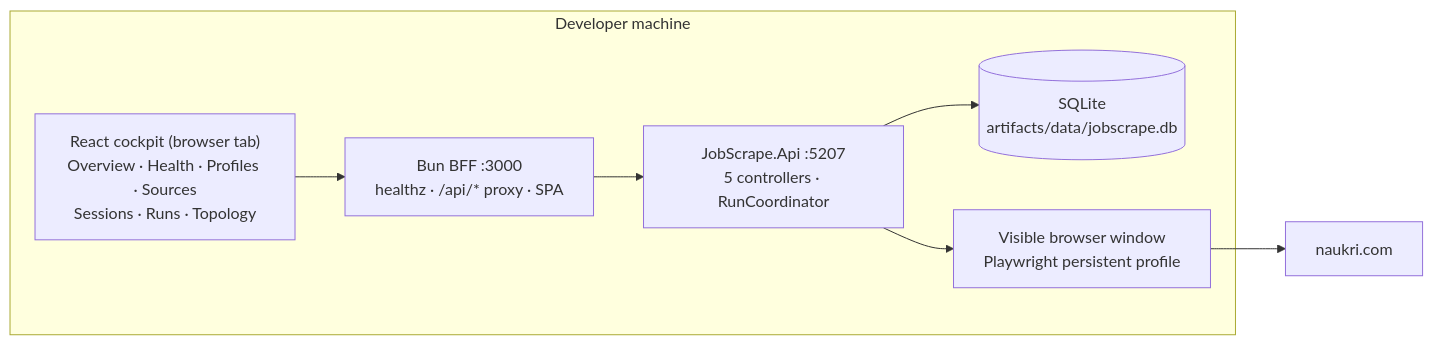
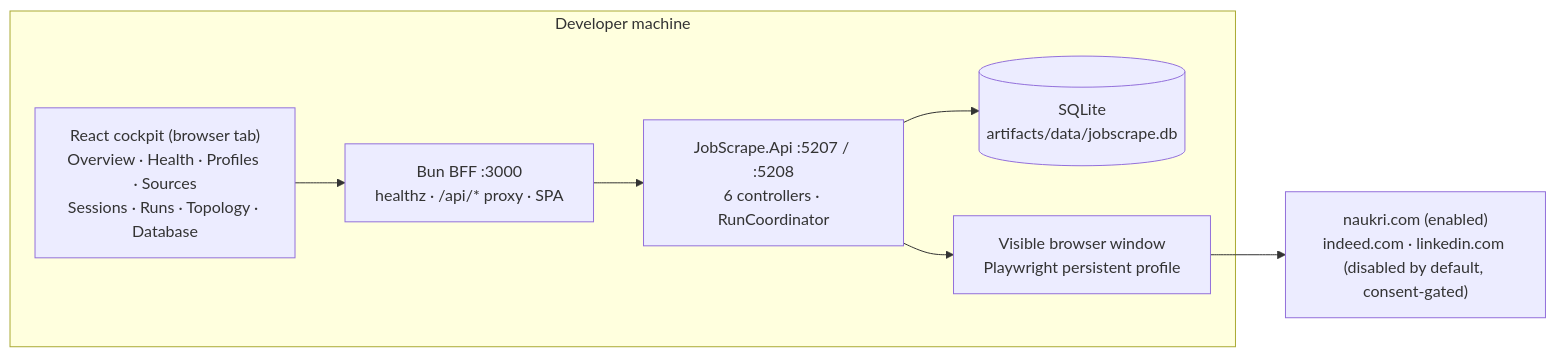
One commit to AslamNazeerShaikh/PlaywrightDotNet changed diagram 12 of 12 in docs/02-architecture.md. Above: the diagram before and after it, drawn with Mermaid. The commit also changed other lines of this file and 2 other files, not shown here.

First line of the commit message:
docs(architecture): redraw diagram and refresh architecture doc

````diff
--- a/docs/02-architecture.md
+++ b/docs/02-architecture.md
@@ -914,15 +1012,15 @@
 ```mermaid
 flowchart LR
     subgraph Desk["Developer machine"]
         BFF["Bun BFF :3000<br/>healthz · /api/* proxy · SPA"]
-        API["JobScrape.Api :5207<br/>5 controllers · RunCoordinator"]
+        API["JobScrape.Api :5207 / :5208<br/>6 controllers · RunCoordinator"]
         DB[("SQLite<br/>artifacts/data/jobscrape.db")]
-        UI["React cockpit (browser tab)<br/>Overview · Health · Profiles · Sources<br/>Sessions · Runs · Topology"]
+        UI["React cockpit (browser tab)<br/>Overview · Health · Profiles · Sources<br/>Sessions · Runs · Topology · Database"]
         BRW["Visible browser window<br/>Playwright persistent profile"]
     end
     UI --> BFF
     BFF --> API
     API --> DB
     API --> BRW
-    BRW --> NK["naukri.com"]
+    BRW --> SITES["naukri.com (enabled)<br/>indeed.com · linkedin.com (disabled by default, consent-gated)"]
 ```
````
